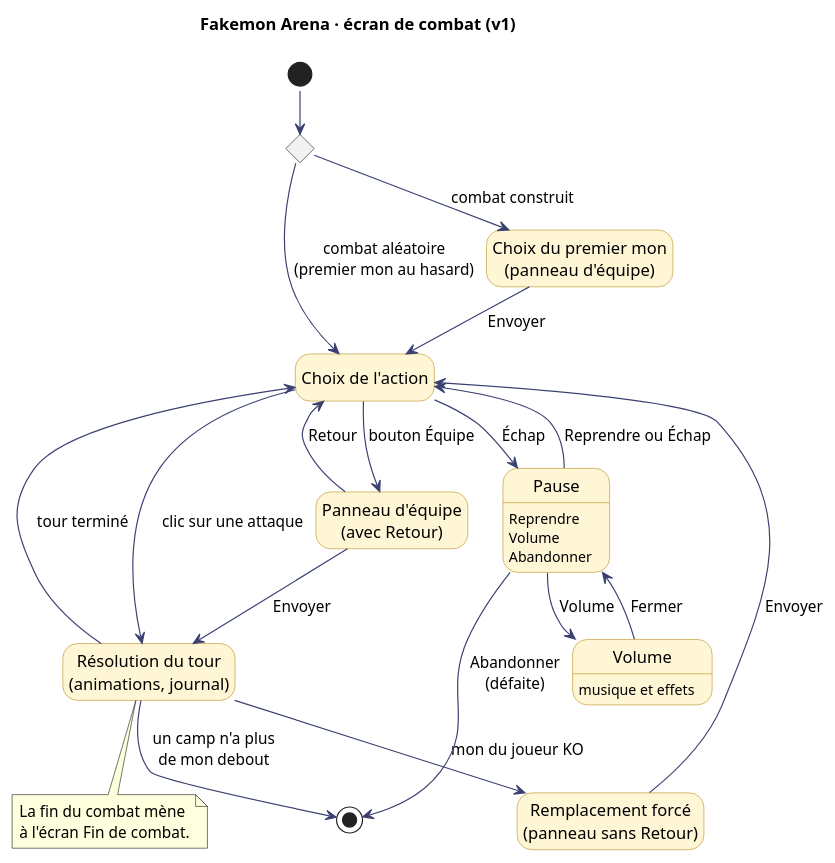
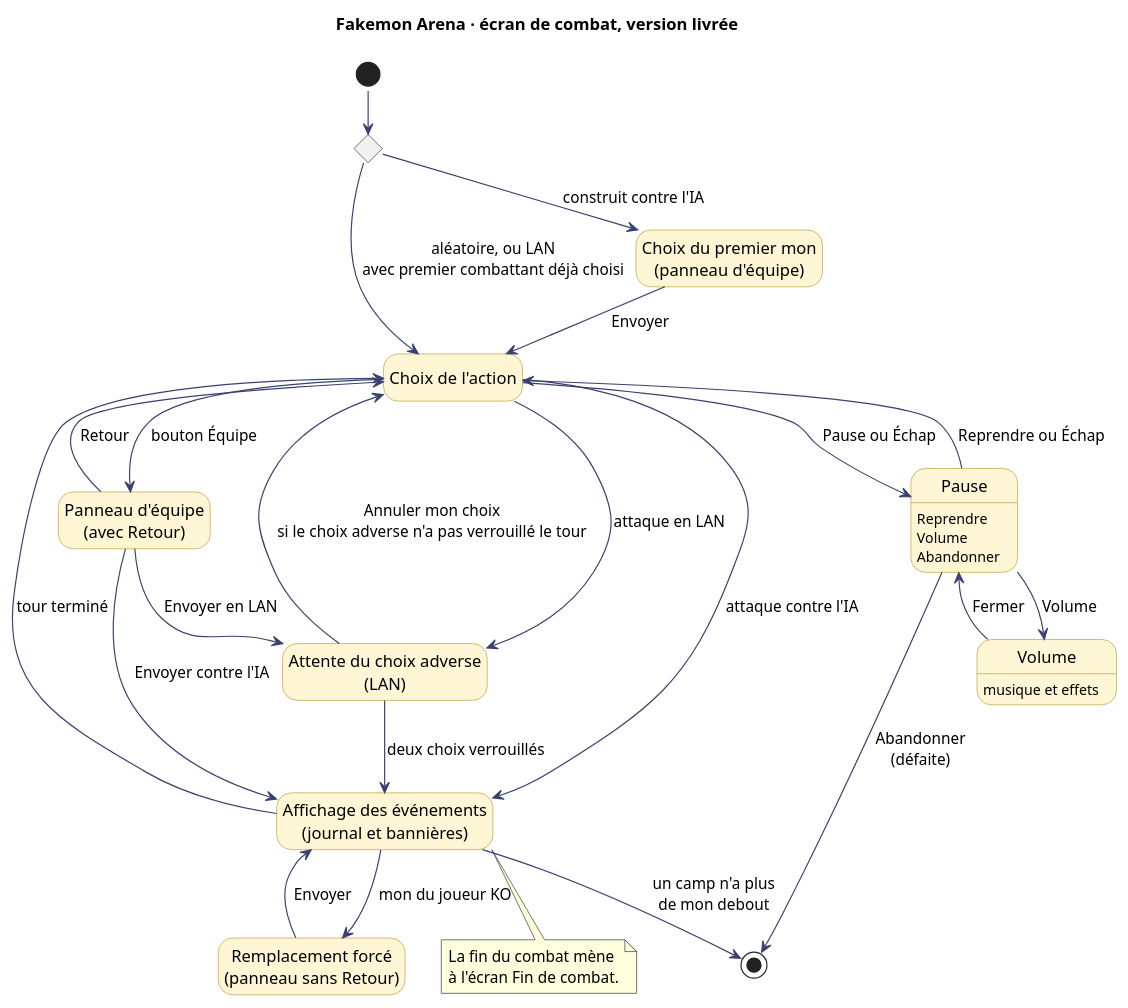
Before and after one commit to OnerAliCan/fakemon-arena: the diagram in docs/uml/combat.puml, drawn with PlantUML. The commit also changed 22 other files, not shown here.

First line of the commit message:
docs: actualise le guide du jeu et les parcours UML (#30) (#78)

```diff
--- a/docs/uml/combat.puml
+++ b/docs/uml/combat.puml
@@ -1,43 +1,48 @@
 @startuml combat
 !pragma layout smetana
-title Fakemon Arena · écran de combat (v1)
+title Fakemon Arena · écran de combat, version livrée
 skinparam defaultFontName Segoe UI
 skinparam state {
   BackgroundColor #FFF6D6
   BorderColor #B8901A
   ArrowColor #3A4170
 }
 hide empty description
 
 state mode <<choice>>
 state "Choix du premier mon\n(panneau d'équipe)" as Premier
 state "Choix de l'action" as Choix
 state "Panneau d'équipe\n(avec Retour)" as Panneau
-state "Résolution du tour\n(animations, journal)" as Resolution
+state "Affichage des événements\n(journal et bannières)" as Resolution
+state "Attente du choix adverse\n(LAN)" as Attente
 state "Remplacement forcé\n(panneau sans Retour)" as Remplacement
 state "Pause" as Pause : Reprendre\nVolume\nAbandonner
 state "Volume" as Volume : musique et effets
 
 [*] --> mode
-mode --> Premier : combat construit
-mode --> Choix : combat aléatoire\n(premier mon au hasard)
+mode --> Premier : construit contre l'IA
+mode --> Choix : aléatoire, ou LAN\navec premier combattant déjà choisi
 Premier --> Choix : Envoyer
-Choix --> Resolution : clic sur une attaque
+Choix --> Resolution : attaque contre l'IA
+Choix --> Attente : attaque en LAN
 Choix --> Panneau : bouton Équipe
 Panneau --> Choix : Retour
-Panneau --> Resolution : Envoyer
+Panneau --> Resolution : Envoyer contre l'IA
+Panneau --> Attente : Envoyer en LAN
+Attente --> Choix : Annuler mon choix\nsi le choix adverse n'a pas verrouillé le tour
+Attente --> Resolution : deux choix verrouillés
 Resolution --> Choix : tour terminé
 Resolution --> Remplacement : mon du joueur KO
-Remplacement --> Choix : Envoyer
-Choix --> Pause : Échap
+Remplacement --> Resolution : Envoyer
+Choix --> Pause : Pause ou Échap
 Pause --> Choix : Reprendre ou Échap
 Pause --> Volume : Volume
 Volume --> Pause : Fermer
 Pause --> [*] : Abandonner\n(défaite)
 Resolution --> [*] : un camp n'a plus\nde mon debout
 
 note bottom of Resolution
   La fin du combat mène
   à l'écran Fin de combat.
 end note
 @enduml
```
